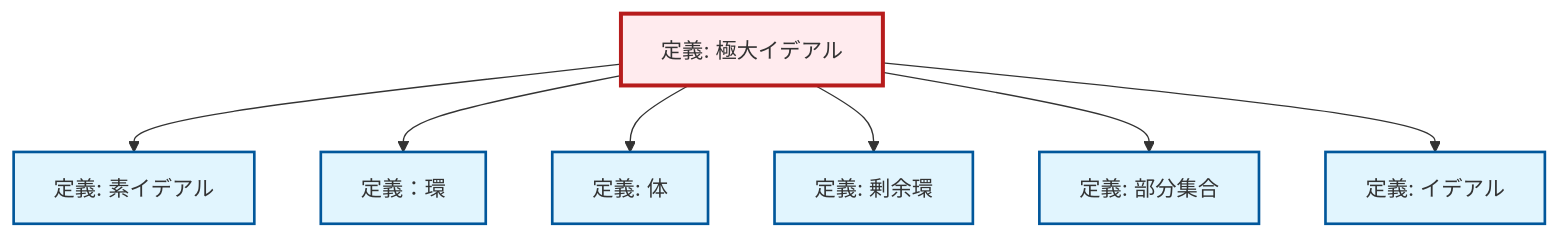
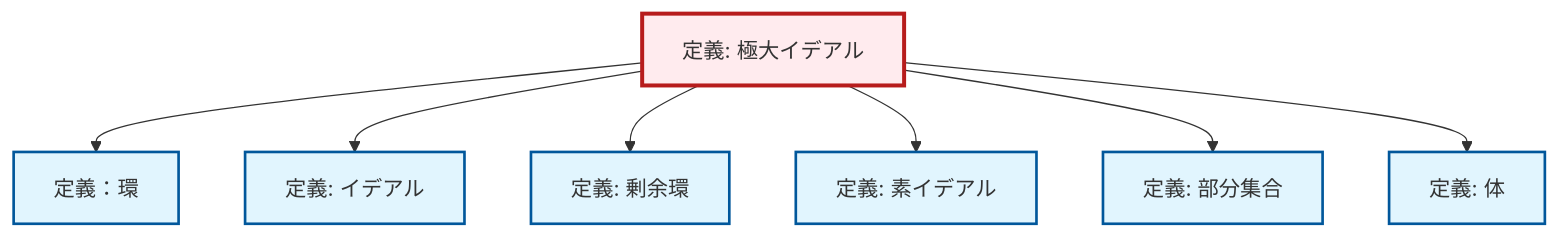
Before and after one commit to RK0429/ModernMath: the diagram in content/ja/algebra/def-maximal-ideal.qmd, drawn with Mermaid. The commit also changed other lines of this file and 328 other files, not shown here.

````diff
--- a/content/ja/algebra/def-maximal-ideal.qmd
+++ b/content/ja/algebra/def-maximal-ideal.qmd
@@ -95,29 +95,29 @@
 ```{mermaid}
 %%| fig-cap: "ローカル依存関係グラフ"
 graph TD
     classDef definition fill:#e1f5fe,stroke:#01579b,stroke-width:2px
     classDef theorem fill:#f3e5f5,stroke:#4a148c,stroke-width:2px
     classDef axiom fill:#fff3e0,stroke:#e65100,stroke-width:2px
     classDef example fill:#e8f5e9,stroke:#1b5e20,stroke-width:2px
     classDef current fill:#ffebee,stroke:#b71c1c,stroke-width:3px
-    def-maximal-ideal["定義: 極大イデアル"]:::definition
-    def-subset["定義: 部分集合"]:::definition
+    def-field["定義: 体"]:::definition
+    def-ideal["定義: イデアル"]:::definition
+    def-ring["定義：環"]:::definition
     def-prime-ideal["定義: 素イデアル"]:::definition
     def-quotient-ring["定義: 剰余環"]:::definition
-    def-ideal["定義: イデアル"]:::definition
-    def-ring["定義：環"]:::definition
-    def-field["定義: 体"]:::definition
+    def-subset["定義: 部分集合"]:::definition
+    def-maximal-ideal["定義: 極大イデアル"]:::definition
+    def-maximal-ideal --> def-ring
+    def-maximal-ideal --> def-ideal
+    def-maximal-ideal --> def-quotient-ring
     def-maximal-ideal --> def-prime-ideal
-    def-maximal-ideal --> def-ring
+    def-maximal-ideal --> def-subset
     def-maximal-ideal --> def-field
-    def-maximal-ideal --> def-quotient-ring
-    def-maximal-ideal --> def-subset
-    def-maximal-ideal --> def-ideal
     class def-maximal-ideal current
-    click def-subset "def-subset.html" "部分集合の定義へ"
+    click def-field "def-field.html" "体の定義へ"
+    click def-ideal "def-ideal.html" "イデアルの定義へ"
+    click def-ring "def-ring.html" "定義：環へ"
     click def-prime-ideal "def-prime-ideal.html" "素イデアルの定義へ"
     click def-quotient-ring "def-quotient-ring.html" "剰余環の定義へ"
-    click def-ideal "def-ideal.html" "イデアルの定義へ"
-    click def-ring "def-ring.html" "定義：環へ"
-    click def-field "def-field.html" "体の定義へ"
+    click def-subset "def-subset.html" "部分集合の定義へ"
 ```
````
